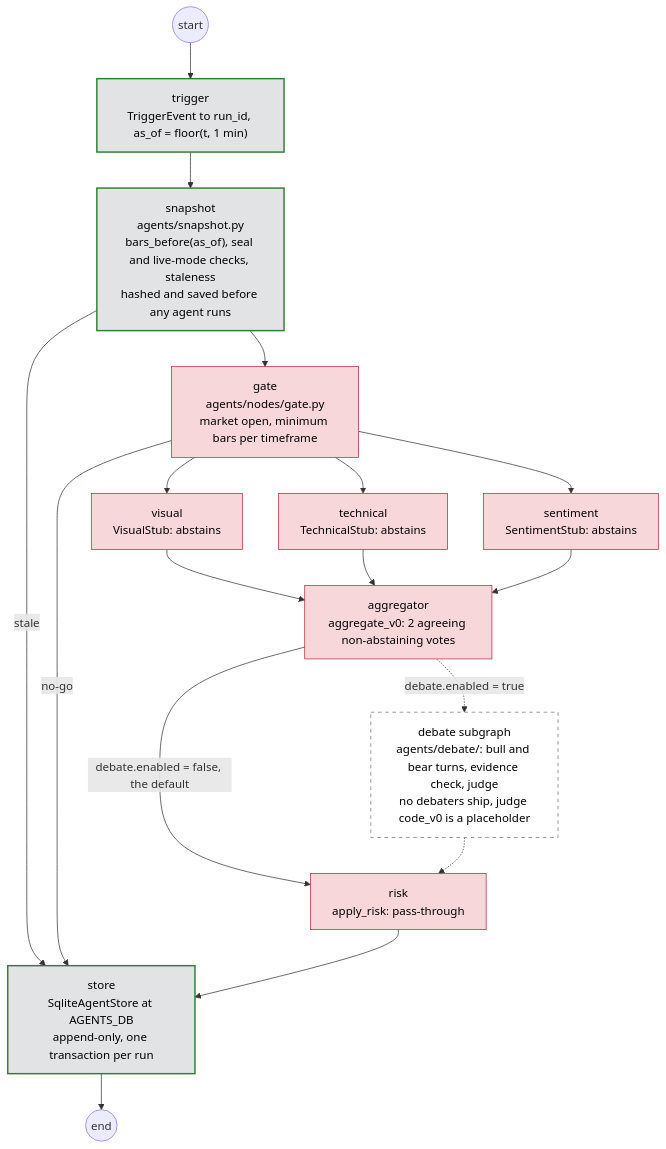
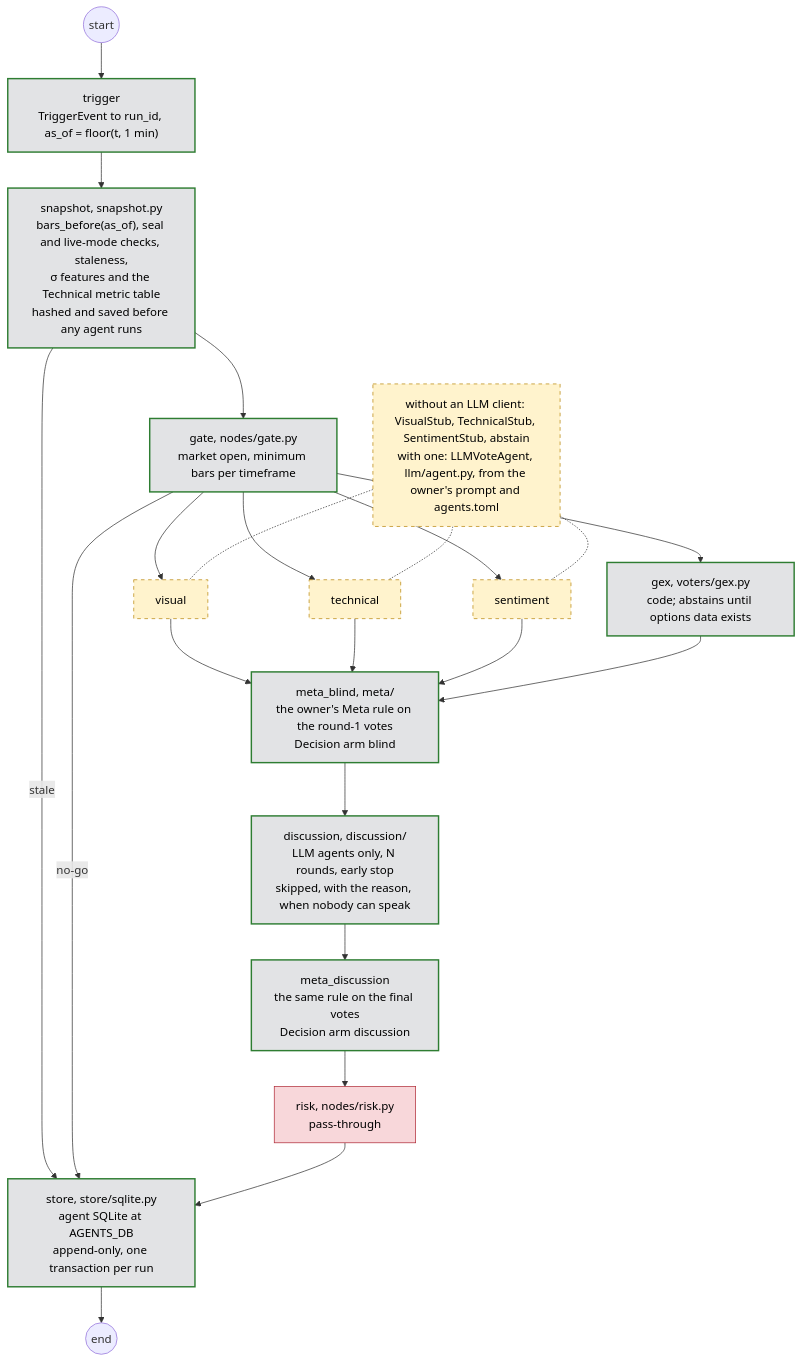
Before and after one commit to QBKFD/OPARLI-LLM-FORWARD: the sixth of 12 diagrams in docs/ARCHITECTURE_CURRENT.md, drawn with Mermaid. The commit also changed other lines of this file and 36 other files, not shown here.

````diff
--- a/docs/ARCHITECTURE_CURRENT.md
+++ b/docs/ARCHITECTURE_CURRENT.md
@@ -260,27 +324,34 @@
 ```mermaid
 flowchart TB
   S0(("start")) --> TR["trigger<br/>TriggerEvent to run_id, as_of = floor(t, 1 min)"]
-  TR --> SN["snapshot<br/>agents/snapshot.py<br/>bars_before(as_of), seal and live-mode checks, staleness<br/>hashed and saved before any agent runs"]
+  TR --> SN["snapshot, snapshot.py<br/>bars_before(as_of), seal and live-mode checks, staleness,<br/>σ features and the Technical metric table<br/>hashed and saved before any agent runs"]
   SN -->|"stale"| STO
-  SN --> GT["gate<br/>agents/nodes/gate.py<br/>market open, minimum bars per timeframe"]
+  SN --> GT["gate, nodes/gate.py<br/>market open, minimum bars per timeframe"]
   GT -->|"no-go"| STO
-  GT --> V1["visual<br/>VisualStub: abstains"]
-  GT --> V2["technical<br/>TechnicalStub: abstains"]
-  GT --> V3["sentiment<br/>SentimentStub: abstains"]
-  V1 --> AGG
-  V2 --> AGG
-  V3 --> AGG
-  AGG["aggregator<br/>aggregate_v0: 2 agreeing non-abstaining votes"]
-  AGG -->|"debate.enabled = false, the default"| RISK
-  AGG -.->|"debate.enabled = true"| DEB["debate subgraph<br/>agents/debate/: bull and bear turns, evidence check, judge<br/>no debaters ship, judge code_v0 is a placeholder"]
-  DEB -.-> RISK
-  RISK["risk<br/>apply_risk: pass-through"] --> STO
-  STO["store<br/>SqliteAgentStore at AGENTS_DB<br/>append-only, one transaction per run"] --> E0(("end"))
+  GT --> V1["visual"]
+  GT --> V2["technical"]
+  GT --> V3["sentiment"]
+  GT --> V4["gex, voters/gex.py<br/>code; abstains until options data exists"]
+  V1 --> MB
+  V2 --> MB
+  V3 --> MB
+  V4 --> MB
+  MB["meta_blind, meta/<br/>the owner's Meta rule on the round-1 votes<br/>Decision arm blind"]
+  MB --> DI["discussion, discussion/<br/>LLM agents only, N rounds, early stop<br/>skipped, with the reason, when nobody can speak"]
+  DI --> MD["meta_discussion<br/>the same rule on the final votes<br/>Decision arm discussion"]
+  MD --> RISK["risk, nodes/risk.py<br/>pass-through"]
+  RISK --> STO["store, store/sqlite.py<br/>agent SQLite at AGENTS_DB<br/>append-only, one transaction per run"]
+  STO --> E0(("end"))
+
+  LLMV["without an LLM client: VisualStub, TechnicalStub, SentimentStub, abstain<br/>with one: LLMVoteAgent, llm/agent.py, from the owner's prompt and agents.toml"]
+  LLMV -.- V1
+  LLMV -.- V2
+  LLMV -.- V3
 
   classDef built fill:#e2e3e5,stroke:#2e7d32,stroke-width:2px,color:#000
   classDef stub fill:#f8d7da,stroke:#b02a37,color:#000
-  classDef off fill:#ffffff,stroke:#6c757d,stroke-dasharray:5 5,color:#000
-  class TR,SN,STO built
-  class GT,V1,V2,V3,AGG,RISK stub
-  class DEB off
+  classDef llm fill:#fff3cd,stroke:#b8860b,stroke-dasharray:5 5,color:#000
+  class TR,SN,GT,V4,MB,DI,MD,STO built
+  class RISK stub
+  class V1,V2,V3,LLMV llm
 ```
````
